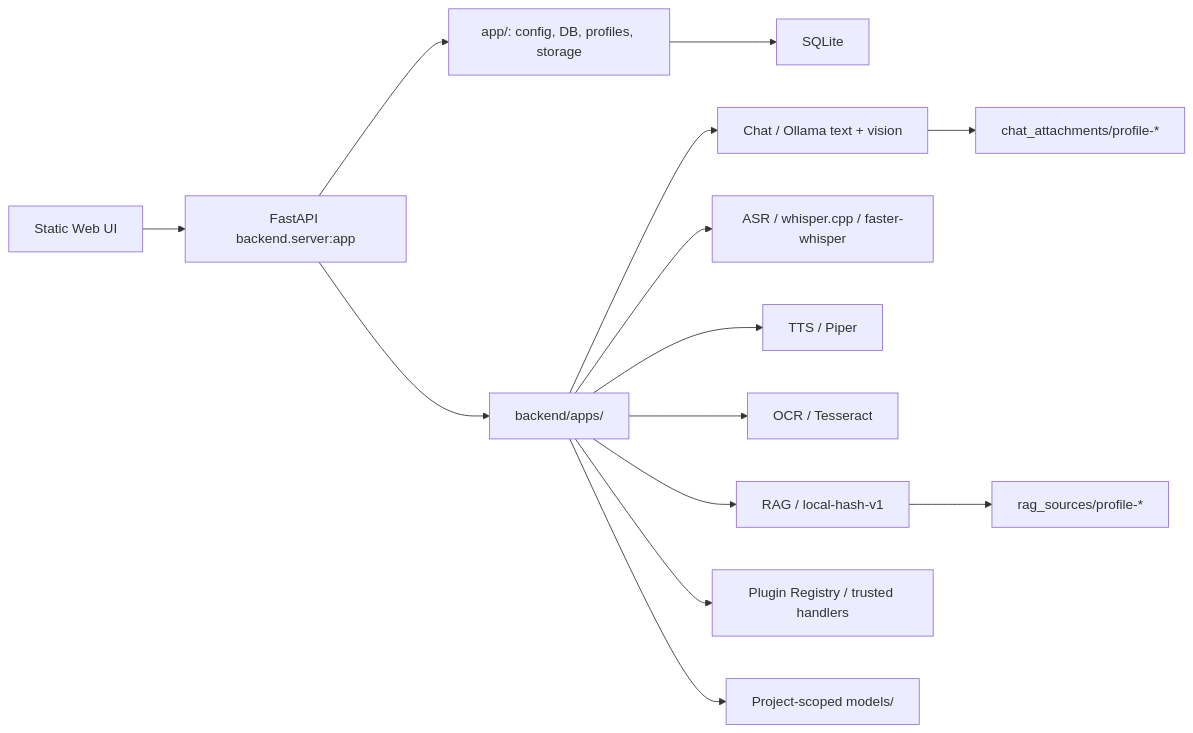
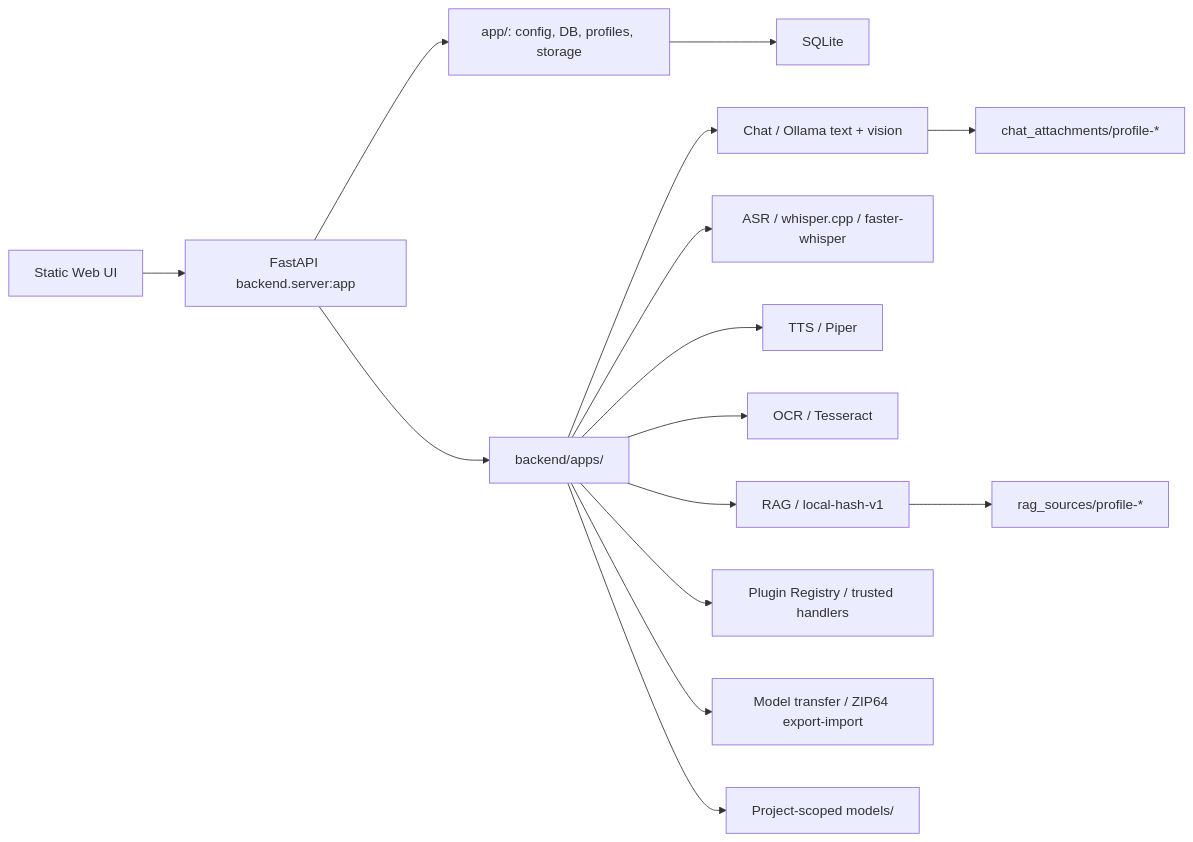
One commit to Oleksandrnie/LocalGPT changed the diagram in docs/ARCHITECTURE.md. Above: the diagram before and after it, drawn with Mermaid. The commit also changed other lines of this file and 8 other files, not shown here.

Commit message:
Document and verify model transfer workflow

````diff
--- a/docs/ARCHITECTURE.md
+++ b/docs/ARCHITECTURE.md
@@ -7,16 +7,17 @@
 ```mermaid
 flowchart LR
     Browser["Static Web UI"] --> API["FastAPI backend.server:app"]
     API --> Shared["app/: config, DB, profiles, storage"]
     API --> Apps["backend/apps/"]
     Apps --> Chat["Chat / Ollama text + vision"]
     Apps --> ASR["ASR / whisper.cpp / faster-whisper"]
     Apps --> TTS["TTS / Piper"]
     Apps --> OCR["OCR / Tesseract"]
     Apps --> RAG["RAG / local-hash-v1"]
     Apps --> Plugins["Plugin Registry / trusted handlers"]
+    Apps --> Transfer["Model transfer / ZIP64 export-import"]
     Shared --> SQLite["SQLite"]
     Apps --> Models["Project-scoped models/"]
     Chat --> Attachments["chat_attachments/profile-*"]
     RAG --> Sources["rag_sources/profile-*"]
 ```
````
